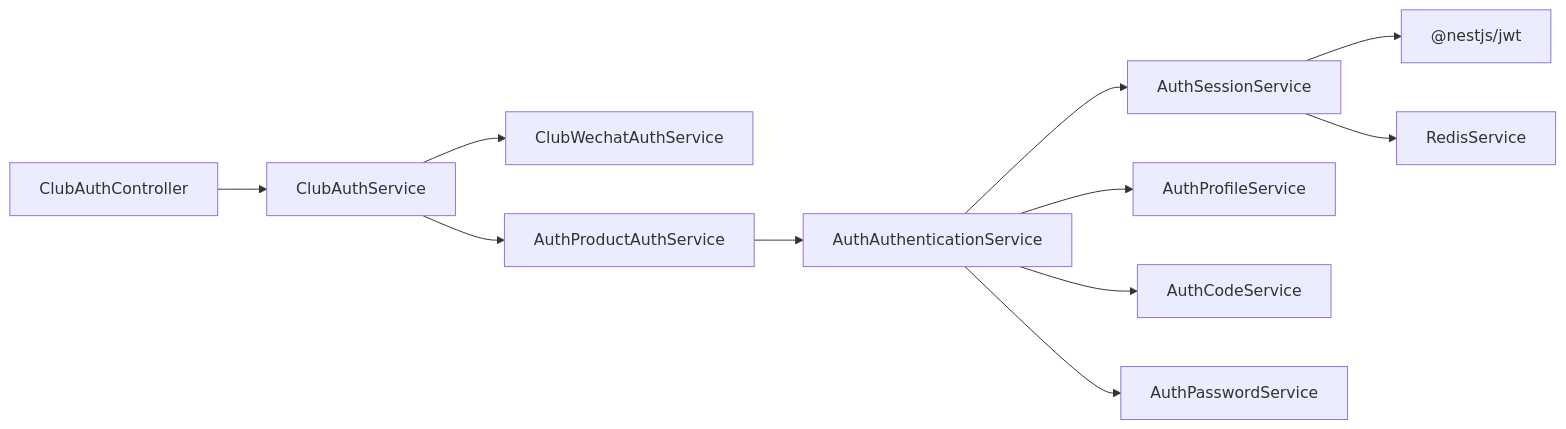
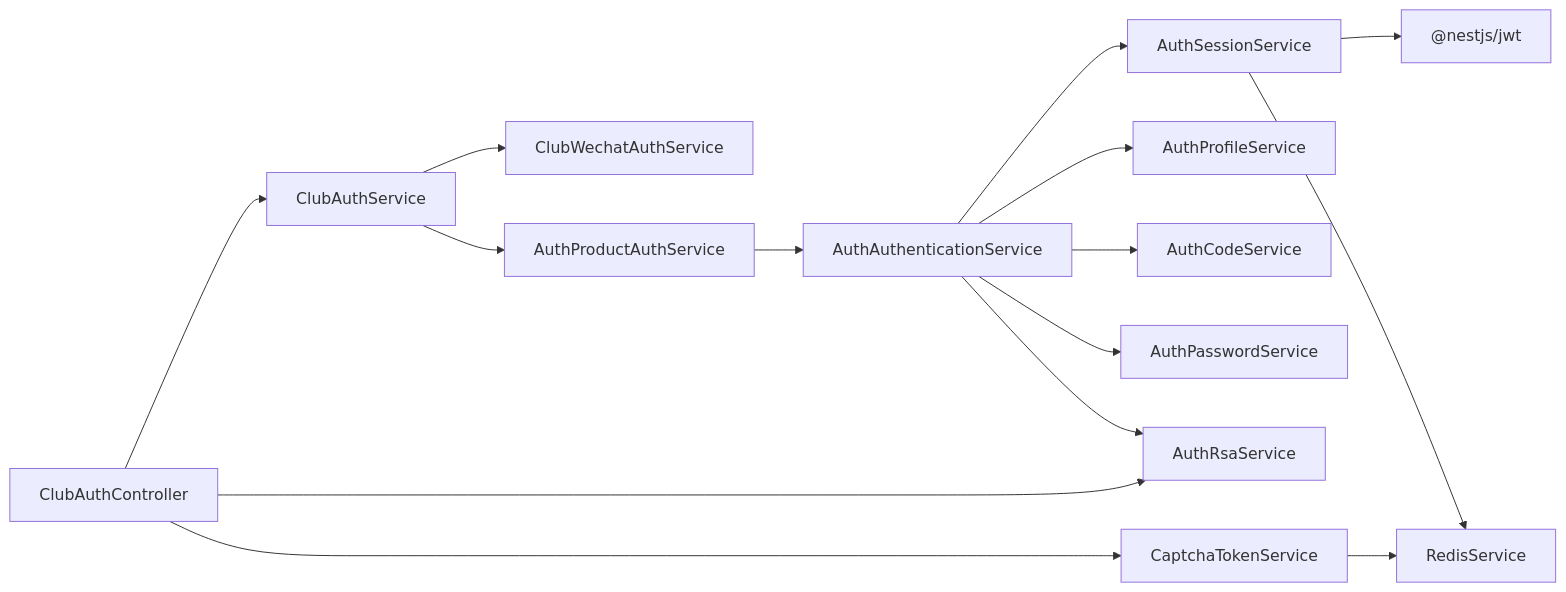
The fifth of 5 diagrams in .qoder/repowiki/zh/content/API 接口文档/认证接口.md (rc558620/purelyprofit-server), drawn with Mermaid before and after one commit. The commit also changed other lines of this file and 25 other files, not shown here.

````diff
--- a/.qoder/repowiki/zh/content/API 接口文档/认证接口.md
+++ b/.qoder/repowiki/zh/content/API 接口文档/认证接口.md
@@ -247,13 +389,17 @@
 ```mermaid
 graph LR
 ClubCtrl["ClubAuthController"] --> ClubSvc["ClubAuthService"]
+ClubCtrl --> RsaSvc["AuthRsaService"]
+ClubCtrl --> CaptchaSvc["CaptchaTokenService"]
 ClubSvc --> WechatSvc["ClubWechatAuthService"]
 ClubSvc --> UnifiedSvc["AuthProductAuthService"]
 UnifiedSvc --> AuthSvc["AuthAuthenticationService"]
 AuthSvc --> SessionSvc["AuthSessionService"]
 AuthSvc --> ProfileSvc["AuthProfileService"]
 AuthSvc --> CodeSvc["AuthCodeService"]
 AuthSvc --> PassSvc["AuthPasswordService"]
+AuthSvc --> RsaSvc
 SessionSvc --> JWT["@nestjs/jwt"]
 SessionSvc --> Redis["RedisService"]
+CaptchaSvc --> Redis
 ```
````
